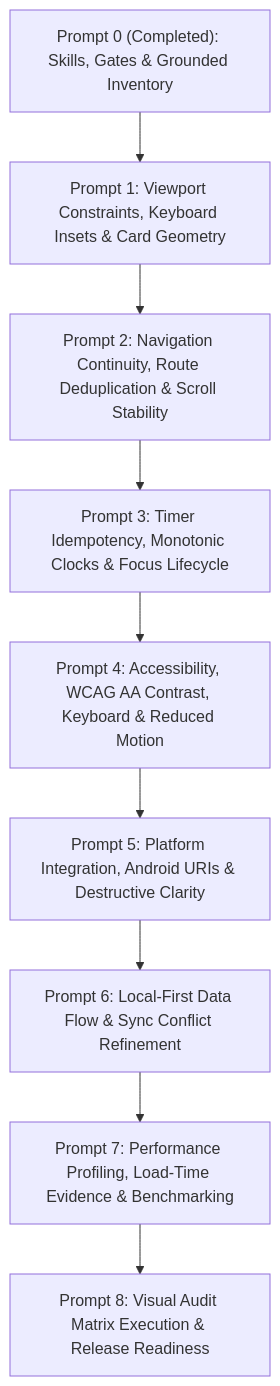
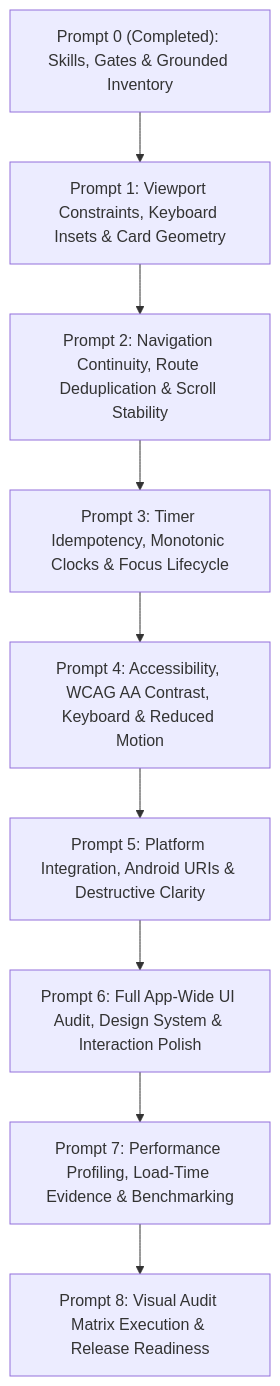
Before and after one commit to 2HIK4/Todorbit: the diagram in docs/TODORBIT_UI_RELIABILITY_PROGRAM.md, drawn with Mermaid. The commit also changed other lines of this file and 20 other files, not shown here.

Commit message:
feat(ui,audit): comprehensive UI audit, hover tokens, pointer cleanup, and task hierarchy (Prompt 6)

````diff
--- a/docs/TODORBIT_UI_RELIABILITY_PROGRAM.md
+++ b/docs/TODORBIT_UI_RELIABILITY_PROGRAM.md
@@ -142,14 +142,14 @@
 ```mermaid
 flowchart TD
     P0["Prompt 0 (Completed): Skills, Gates & Grounded Inventory"]
     P1["Prompt 1: Viewport Constraints, Keyboard Insets & Card Geometry"]
     P2["Prompt 2: Navigation Continuity, Route Deduplication & Scroll Stability"]
     P3["Prompt 3: Timer Idempotency, Monotonic Clocks & Focus Lifecycle"]
     P4["Prompt 4: Accessibility, WCAG AA Contrast, Keyboard & Reduced Motion"]
     P5["Prompt 5: Platform Integration, Android URIs & Destructive Clarity"]
-    P6["Prompt 6: Local-First Data Flow & Sync Conflict Refinement"]
+    P6["Prompt 6: Full App-Wide UI Audit, Design System & Interaction Polish"]
     P7["Prompt 7: Performance Profiling, Load-Time Evidence & Benchmarking"]
     P8["Prompt 8: Visual Audit Matrix Execution & Release Readiness"]
     
     P0 --> P1 --> P2 --> P3 --> P4 --> P5 --> P6 --> P7 --> P8
 ```
````
